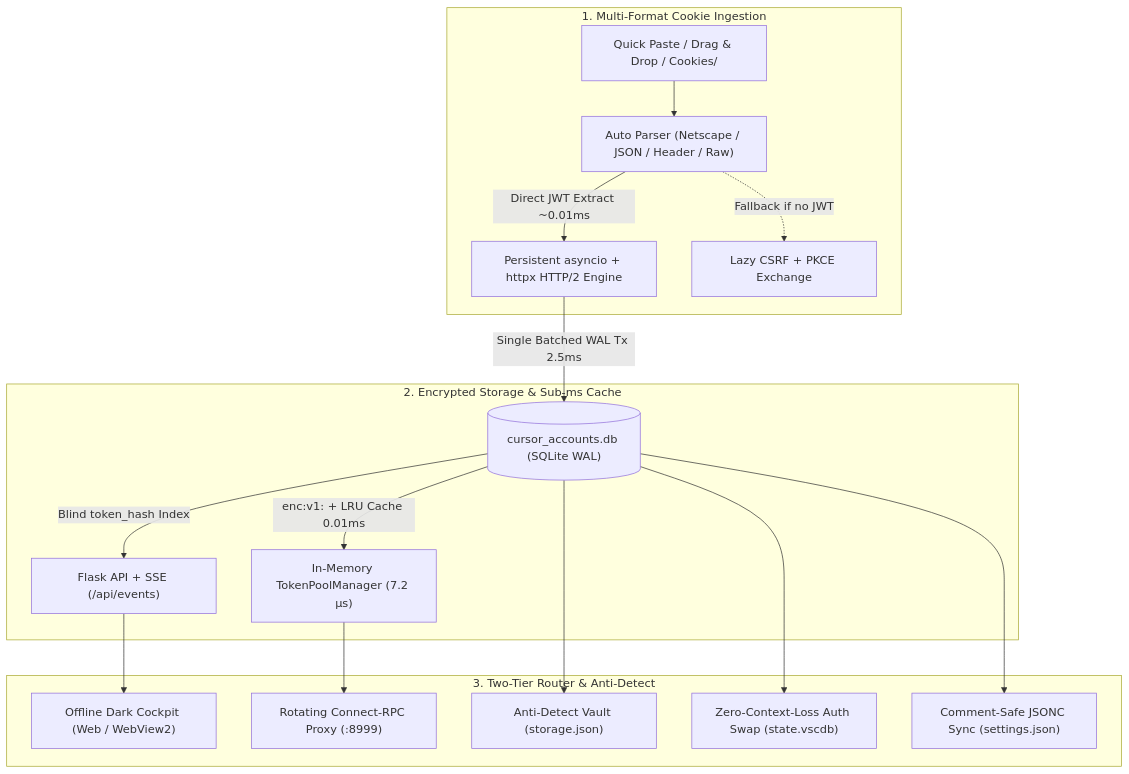
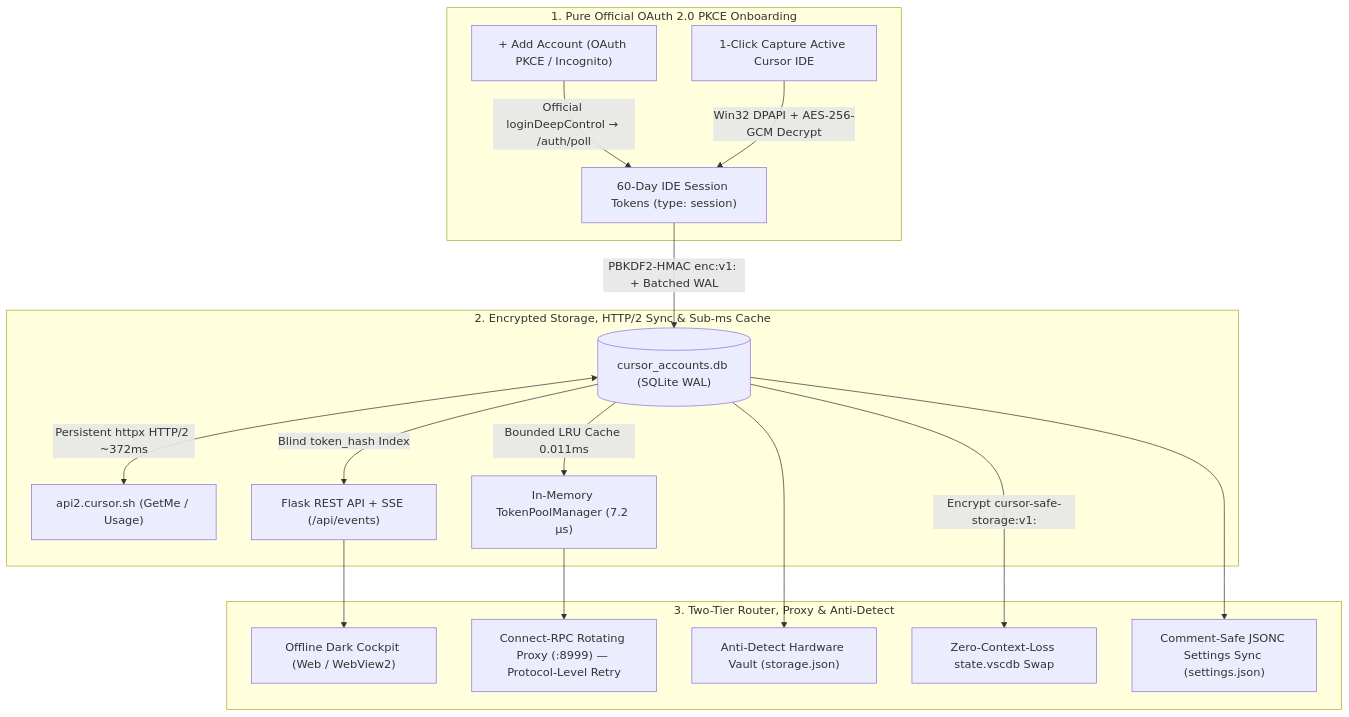
One commit to darwnlinz1/CursorRouter changed the diagram in README.md. Above: the diagram before and after it, drawn with Mermaid. The commit also changed other lines of this file and 40 other files, not shown here.

First line of the commit message:
feat(v3.1): pivot to Pure OAuth 2.0 PKCE architecture and publish-ready README

````diff
--- a/README.md
+++ b/README.md
@@ -57,22 +49,22 @@
 ```mermaid
 flowchart TD
-    subgraph Ingest ["1. Multi-Format Cookie Ingestion"]
-        PASTE["Quick Paste / Drag & Drop / Cookies/"] --> PARSE["Auto Parser (Netscape / JSON / Header / Raw)"]
-        PARSE -->|Direct JWT Extract ~0.01ms| H2["Persistent asyncio + httpx HTTP/2 Engine"]
-        PARSE -.->|Fallback if no JWT| PKCE["Lazy CSRF + PKCE Exchange"]
+    subgraph OAuth ["1. Pure Official OAuth 2.0 PKCE Onboarding"]
+        PKCE["+ Add Account (OAuth PKCE / Incognito)"] -->|"Official loginDeepControl → /auth/poll"| SESS["60-Day IDE Session Tokens (type: session)"]
+        CAP["1-Click Capture Active Cursor IDE"] -->|Win32 DPAPI + AES-256-GCM Decrypt| SESS
     end
 
-    subgraph Storage ["2. Encrypted Storage & Sub-ms Cache"]
-        H2 -->|Single Batched WAL Tx 2.5ms| DB[("cursor_accounts.db (SQLite WAL)")]
-        DB -->|enc:v1: + LRU Cache 0.01ms| TPOOL["In-Memory TokenPoolManager (7.2 µs)"]
-        DB -->|Blind token_hash Index| API["Flask API + SSE (/api/events)"]
+    subgraph Engine ["2. Encrypted Storage, HTTP/2 Sync & Sub-ms Cache"]
+        SESS -->|PBKDF2-HMAC enc:v1: + Batched WAL| DB[("cursor_accounts.db (SQLite WAL)")]
+        DB <-->|Persistent httpx HTTP/2 ~372ms| API2["api2.cursor.sh (GetMe / Usage)"]
+        DB -->|Bounded LRU Cache 0.011ms| TPOOL["In-Memory TokenPoolManager (7.2 µs)"]
+        DB -->|Blind token_hash Index| SRV["Flask REST API + SSE (/api/events)"]
     end
 
-    subgraph Routing ["3. Two-Tier Router & Anti-Detect"]
-        API --> UI["Offline Dark Cockpit (Web / WebView2)"]
-        TPOOL --> PROXY["Rotating Connect-RPC Proxy (:8999)"]
-        DB --> AD["Anti-Detect Vault (storage.json)"]
-        DB --> VSC["Zero-Context-Loss Auth Swap (state.vscdb)"]
-        DB --> JSONC["Comment-Safe JSONC Sync (settings.json)"]
+    subgraph Execution ["3. Two-Tier Router, Proxy & Anti-Detect"]
+        SRV --> UI["Offline Dark Cockpit (Web / WebView2)"]
+        TPOOL --> PROXY["Connect-RPC Rotating Proxy (:8999) — Protocol-Level Retry"]
+        DB --> AD["Anti-Detect Hardware Vault (storage.json)"]
+        DB -->|Encrypt cursor-safe-storage:v1:| VSC["Zero-Context-Loss state.vscdb Swap"]
+        DB --> JSONC["Comment-Safe JSONC Settings Sync (settings.json)"]
     end
 ```
````
